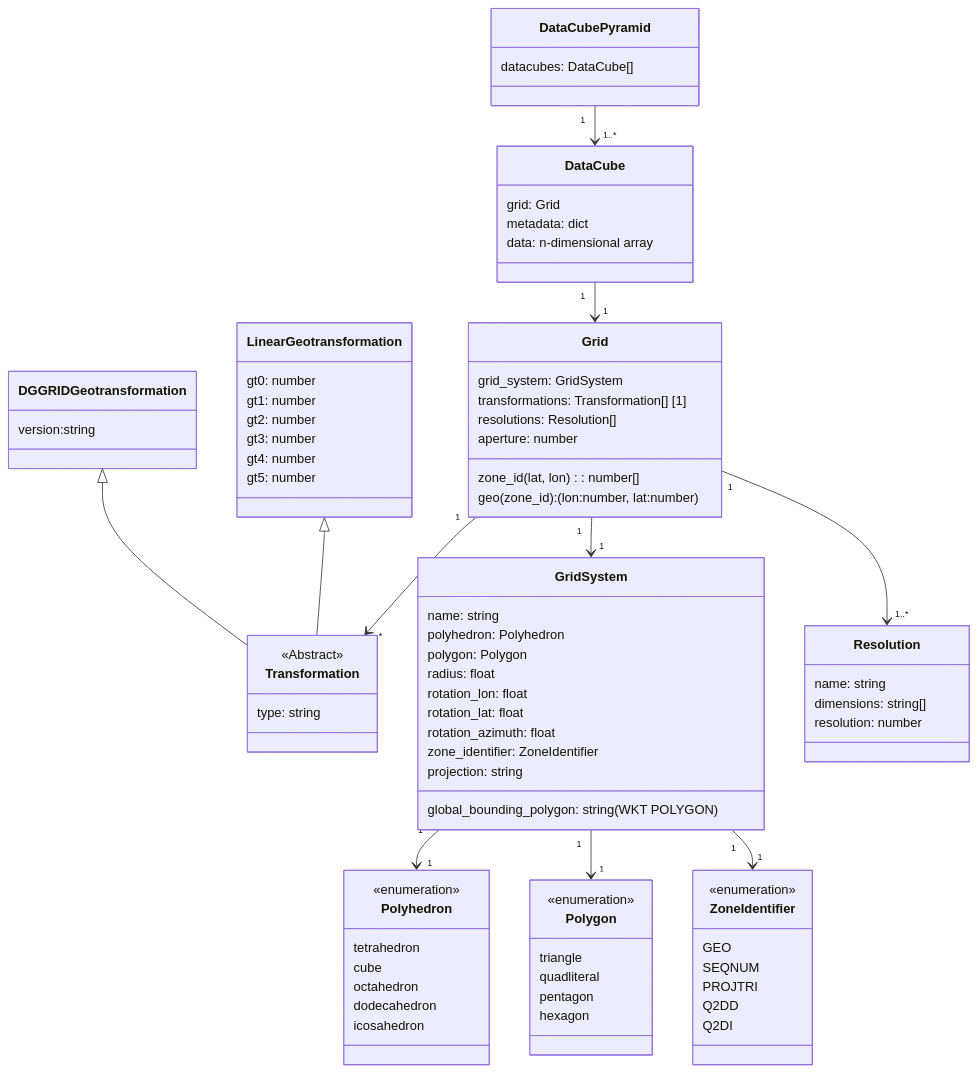
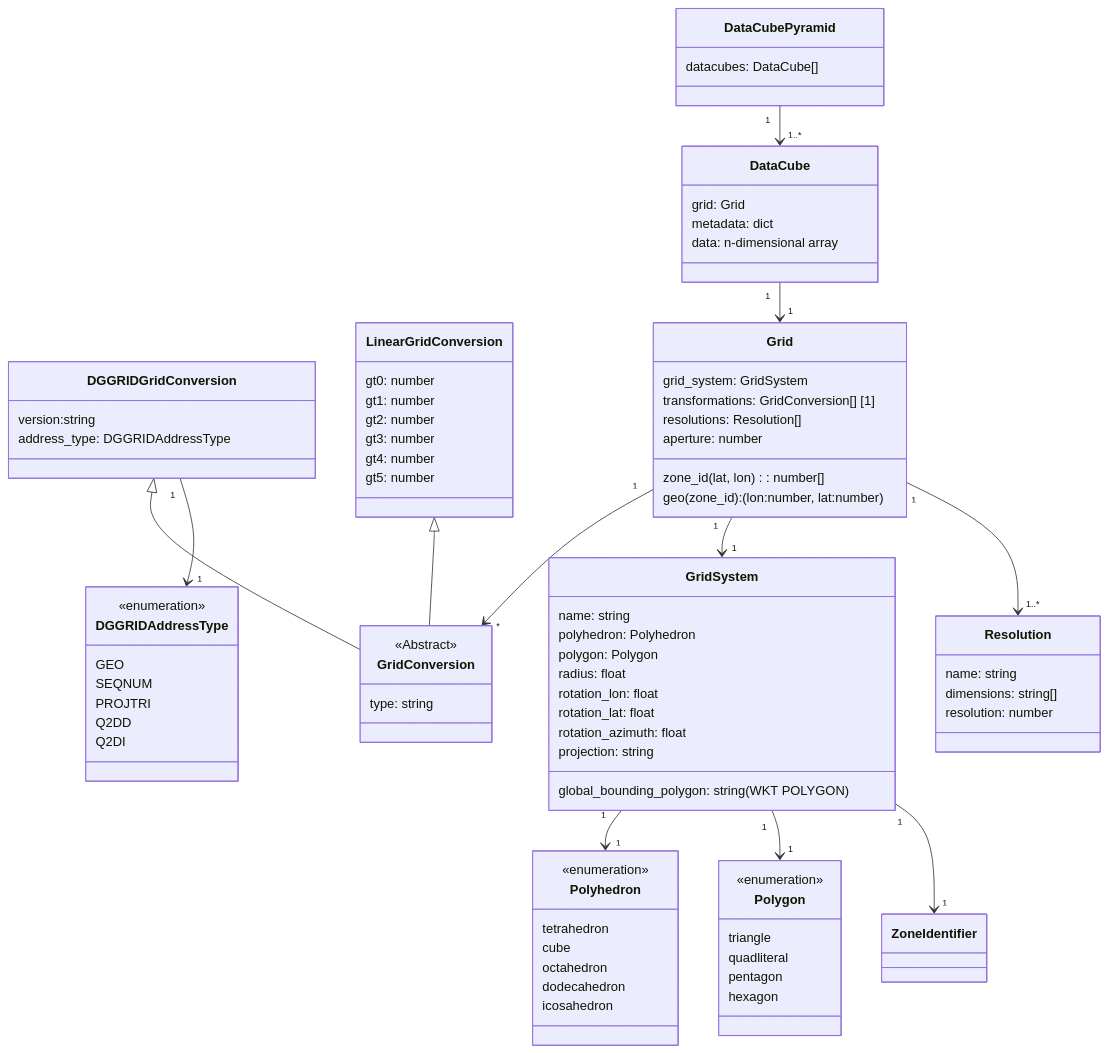
Before and after one commit to danlooo/dggs-data-spec: the diagram in dggs-data-spec.md, drawn with Mermaid. The commit also changed other lines of this file, not shown here.

Commit message:
Fix zone index: Use DGGS array  coordinates instead.

```diff
--- a/dggs-data-spec.md
+++ b/dggs-data-spec.md
@@ -195,7 +190,7 @@
         hexagon
     }
 
-    class ZoneIdentifier {
+    class DGGRIDAddressType {
         <<enumeration>>
         GEO
         SEQNUM
@@ -210,17 +205,19 @@
         resolution: number
     }
 
-    class Transformation {
+    class GridConversion {
         <<Abstract>>
         type: string
     }
 
-    class DGGRIDGeotransformation {
+    class DGGRIDGridConversion {
         version:string
+        address_type: DGGRIDAddressType
     }
-    DGGRIDGeotransformation <|-- Transformation
+    DGGRIDGridConversion <|-- GridConversion
+    DGGRIDGridConversion "1" --> "1" DGGRIDAddressType
 
-    class LinearGeotransformation {
+    class LinearGridConversion {
         gt0: number
         gt1: number
         gt2: number
@@ -228,7 +225,7 @@
         gt4: number
         gt5: number
     }
-    LinearGeotransformation <|-- Transformation
+    LinearGridConversion <|-- GridConversion
 
     class GridSystem {
         name: string
@@ -238,7 +235,6 @@
         rotation_lon: float
         rotation_lat: float
         rotation_azimuth: float
-        zone_identifier: ZoneIdentifier
         projection: string
         global_bounding_polygon: string (WKT POLYGON)
     }
@@ -248,14 +244,14 @@
 
     class Grid {
         grid_system: GridSystem
-        transformations: Transformation[] [1]
+        transformations: GridConversion[] [1]
         resolutions: Resolution[]
         aperture: number
 
         zone_id(lat, lon): number[]
         geo(zone_id): (lon:number, lat:number)
     }
-    Grid "1" --> "*" Transformation
+    Grid "1" --> "*" GridConversion
     Grid "1" --> "1" GridSystem
     Grid "1" --> "1..*" Resolution
 
```
